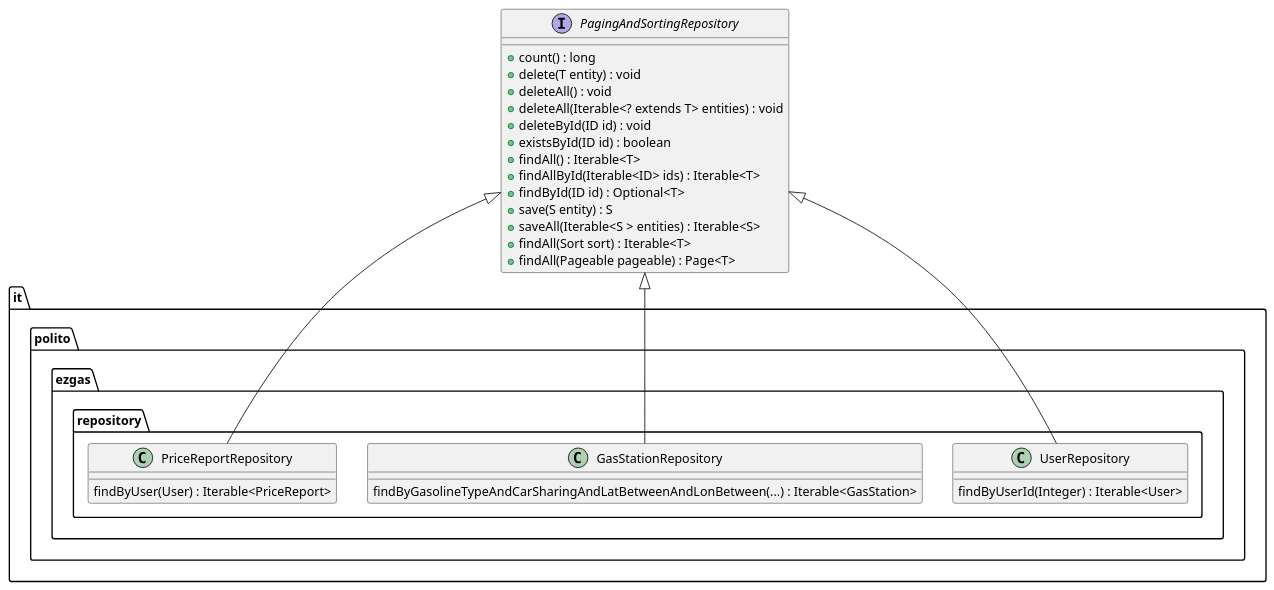
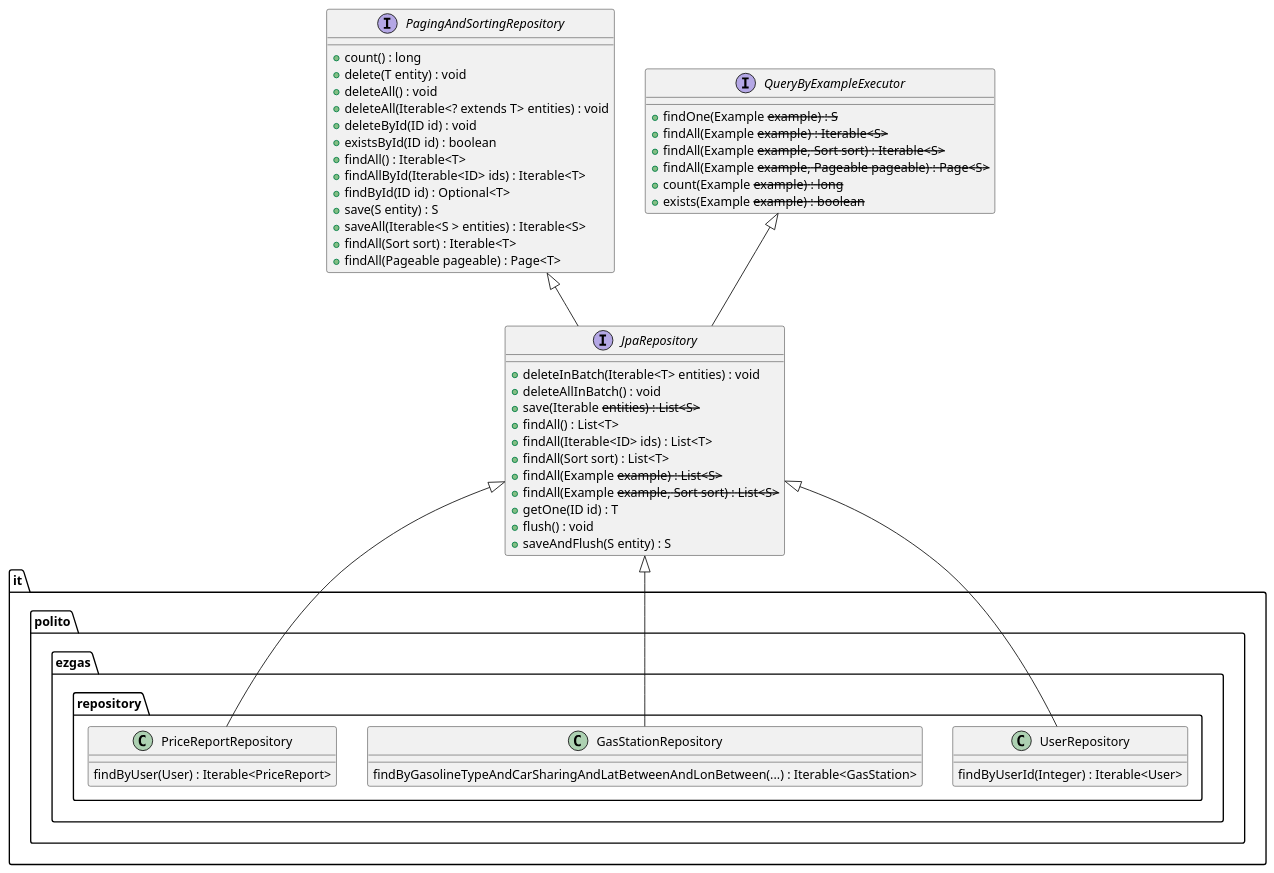
Before and after one commit to lucarinelli/ezgas: the ninth of 13 diagrams in docs/DesignDocument.md, drawn with PlantUML. The commit also changed other lines of this file, not shown here.

Commit message:
docs: Design Document-Repository and Converter Update

````diff
--- a/docs/DesignDocument.md
+++ b/docs/DesignDocument.md
@@ -469,38 +471,64 @@
 ```plantuml
 @startuml
 package "it.polito.ezgas.repository" {
         class UserRepository{
             findByUserId(Integer) : Iterable<User>
         }
         
         class GasStationRepository{
             findByGasolineTypeAndCarSharingAndLatBetweenAndLonBetween(...) : Iterable<GasStation>
         }
         
         class PriceReportRepository{
             findByUser(User) : Iterable<PriceReport>
         }
         
     }
 
 interface PagingAndSortingRepository{
         +count() : long
         +delete(T entity) : void
         +deleteAll() : void
         +deleteAll(Iterable<? extends T> entities) : void
         +deleteById(ID id) : void
         +existsById(ID id) : boolean
         +findAll() : Iterable<T>
         +findAllById(Iterable<ID> ids) : Iterable<T> 
         +findById(ID id) : Optional<T>
         +save(S entity) : S
         +saveAll(Iterable<S > entities) : Iterable<S>
         +findAll(Sort sort) : Iterable<T> 
         +findAll(Pageable pageable) : Page<T>
     }
 
-PagingAndSortingRepository <|-- UserRepository
-PagingAndSortingRepository <|-- GasStationRepository
-PagingAndSortingRepository <|-- PriceReportRepository
+interface JpaRepository{
+        +deleteInBatch(Iterable<T> entities) : void
+        +deleteAllInBatch() : void
+        +save(Iterable<S> entities) : List<S>
+        +findAll() : List<T>
+        +findAll(Iterable<ID> ids) : List<T>
+        +findAll(Sort sort) : List<T> 
+        +findAll(Example<S> example) : List<S>
+        +findAll(Example<S> example, Sort sort) : List<S>
+        +getOne(ID id) : T
+        +flush() : void
+        +saveAndFlush(S entity) : S
+    }
+
+interface QueryByExampleExecutor{
+        +findOne(Example<S> example) : S
+        +findAll(Example<S> example) : Iterable<S>
+        +findAll(Example<S> example, Sort sort) : Iterable<S>
+        +findAll(Example<S> example, Pageable pageable) : Page<S>
+        +count(Example<S> example) : long
+        +exists(Example<S> example) : boolean
+    }
+
+JpaRepository <|-- UserRepository
+JpaRepository <|-- GasStationRepository
+JpaRepository <|-- PriceReportRepository
+
+QueryByExampleExecutor <|-- JpaRepository
+PagingAndSortingRepository <|-- JpaRepository
 @enduml
 ```
````
